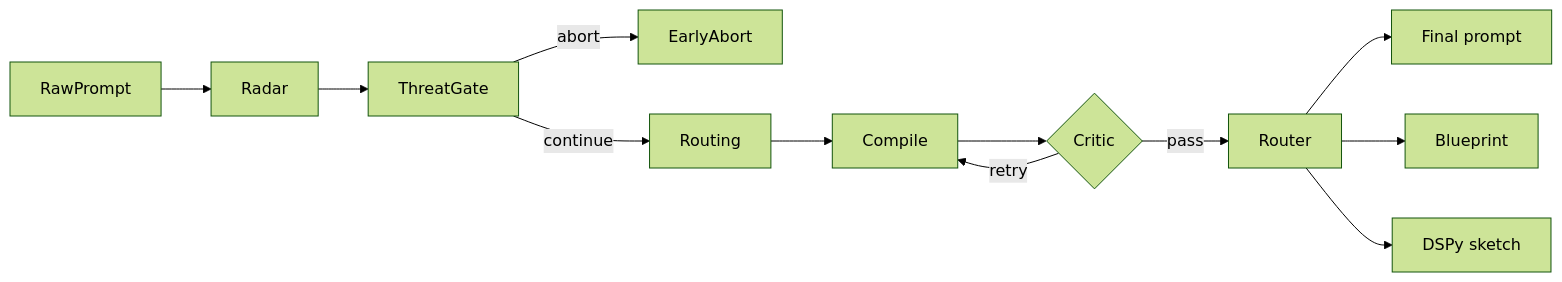
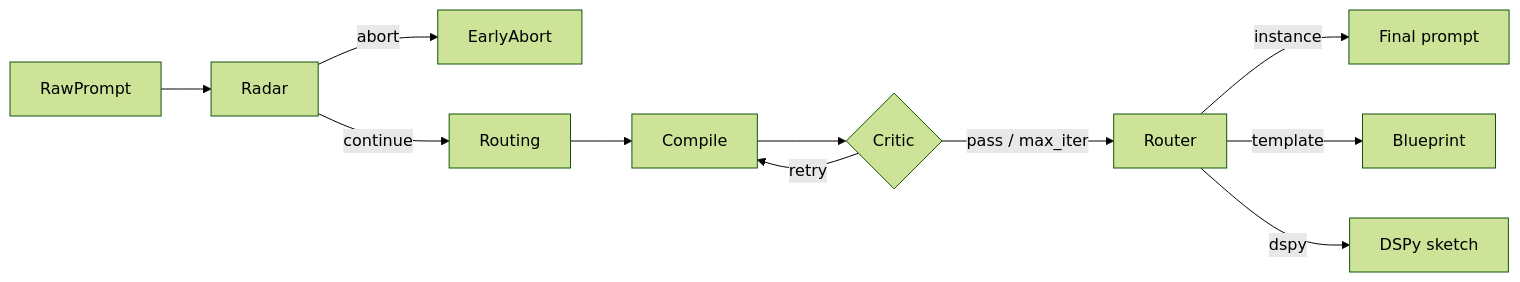
The diagram in README.md (RimmonXIA/Prompt_Polisher), drawn with Mermaid (forest theme) before and after one commit. The commit also changed 9 other files, not shown here.

Commit message:
refactor: optimize graph execution flow, improve UX/CLI output, and harden LLM client settings

````diff
--- a/README.md
+++ b/README.md
@@ -38,14 +38,13 @@
 ```mermaid
 flowchart LR
   Raw[RawPrompt] --> Radar[Radar]
-  Radar --> Gate[ThreatGate]
-  Gate -->|abort| Abort[EarlyAbort]
-  Gate -->|continue| Route[Routing]
-  Route --> Compile[Compile]
+  Radar -->|abort| Abort[EarlyAbort]
+  Radar -->|continue| Routing[Routing]
+  Routing --> Compile[Compile]
   Compile --> Critic{Critic}
   Critic -->|retry| Compile
-  Critic -->|pass| Router[Router]
-  Router --> O1[Final prompt]
-  Router --> O2[Blueprint]
-  Router --> O3[DSPy sketch]
+  Critic -->|pass / max_iter| Router[Router]
+  Router -->|instance| O1[Final prompt]
+  Router -->|template| O2[Blueprint]
+  Router -->|dspy| O3[DSPy sketch]
 ```
````
